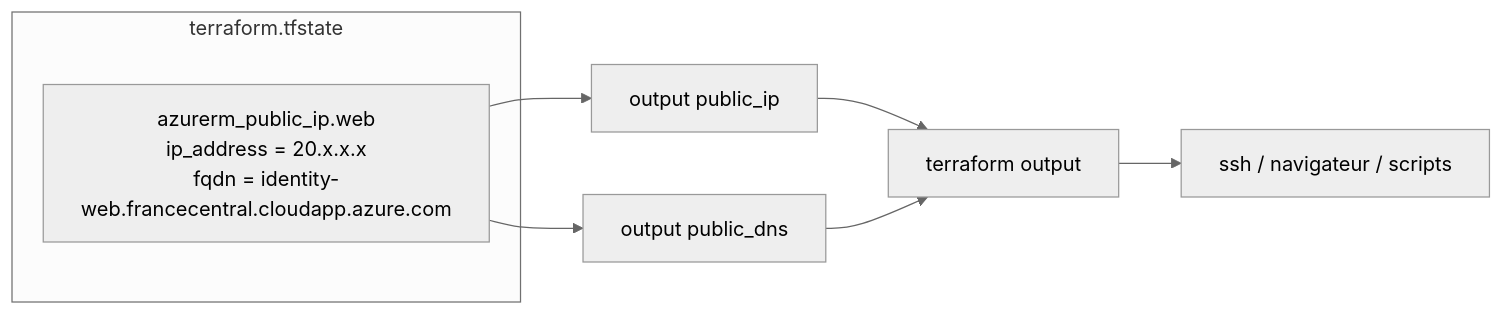
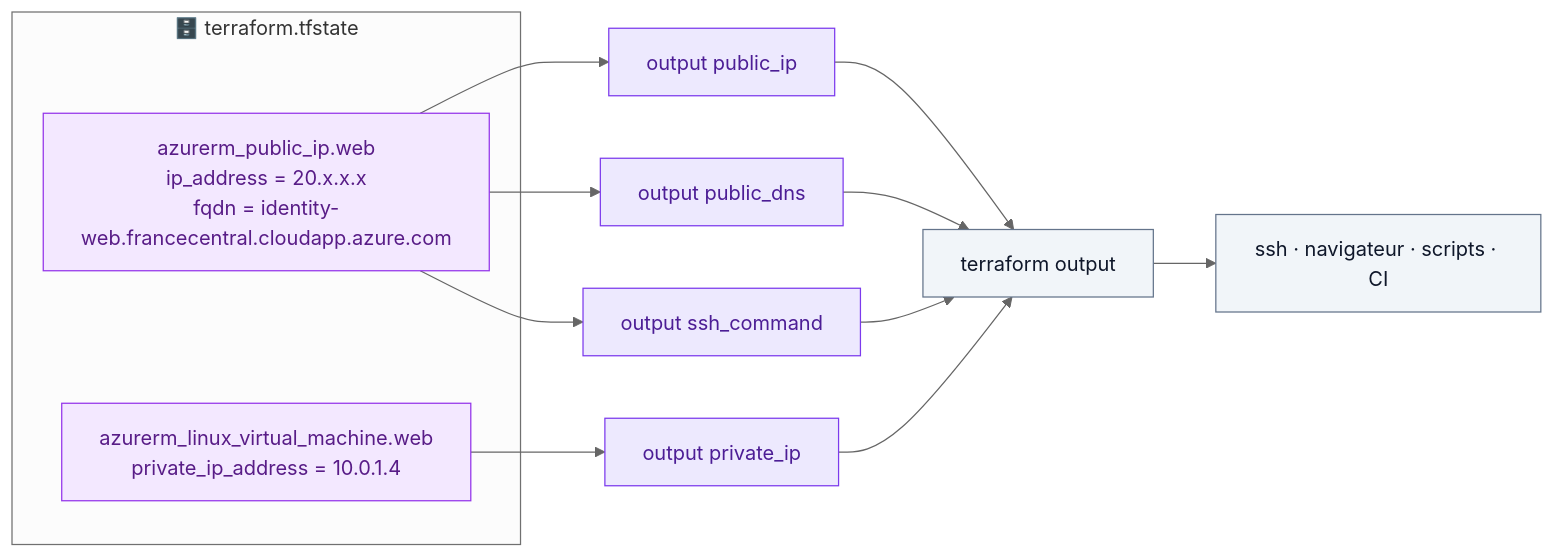
One commit to hajjiBel/terraform-azure-labs changed the diagram in lab03-outputs.md. Above: the diagram before and after it, drawn with Mermaid (neutral theme). The commit also changed other lines of this file and 158 other files, not shown here.

First line of the commit message:
Refonte des 16 labs Terraform Azure : énoncés colorés, corrigés, solutions, scripts formateur

````diff
--- a/lab03-outputs.md
+++ b/lab03-outputs.md
@@ -11,11 +20,15 @@
 ```mermaid
 flowchart LR
-    subgraph State["terraform.tfstate"]
-        PIP["azurerm_public_ip.web<br/>ip_address = 20.x.x.x<br/>fqdn = identity-web.francecentral.cloudapp.azure.com"]
+    subgraph State["🗄️ terraform.tfstate"]
+        PIP["azurerm_public_ip.web<br/>ip_address = 20.x.x.x<br/>fqdn = identity-web.francecentral.cloudapp.azure.com"]:::state
+        VM["azurerm_linux_virtual_machine.web<br/>private_ip_address = 10.0.1.4"]:::state
     end
-    PIP --> O1["output public_ip"]
-    PIP --> O2["output public_dns"]
-    O1 --> CLI["terraform output"]
-    O2 --> CLI
-    CLI --> U["ssh / navigateur / scripts"]
+    PIP --> O1["output public_ip"]:::tf
+    PIP --> O2["output public_dns"]:::tf
+    VM --> O3["output private_ip"]:::tf
+    PIP --> O4["output ssh_command"]:::tf
+    O1 & O2 & O3 & O4 --> CLI["terraform output"]:::ext --> U["ssh · navigateur · scripts · CI"]:::ext
+    classDef tf fill:#ede9fe,stroke:#7c3aed,color:#4c1d95
+    classDef state fill:#f3e8ff,stroke:#9333ea,color:#581c87
+    classDef ext fill:#f1f5f9,stroke:#64748b,color:#0f172a
 ```
````
